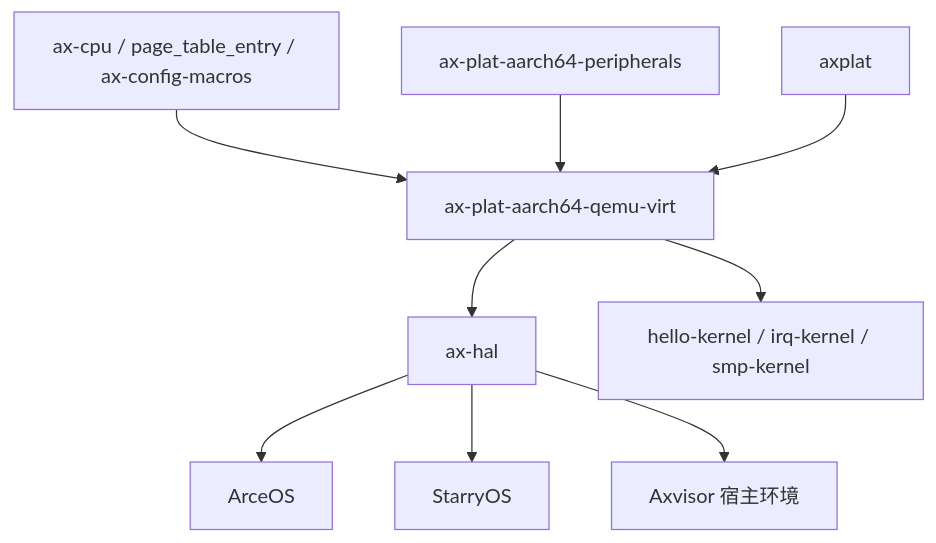
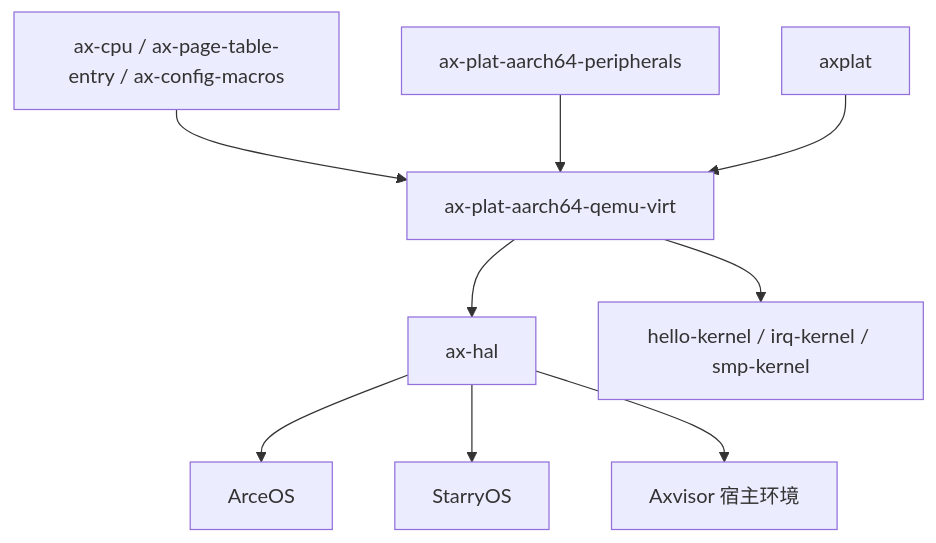
Before and after one commit to zKurisu/tgoskits: the second of 2 diagrams in docs/crates/ax-plat-aarch64-qemu-virt.md, drawn with Mermaid. The commit also changed other lines of this file and 62 other files, not shown here.

Commit message:
rename page_table_entry to ax-page-table-entry

````diff
--- a/docs/crates/ax-plat-aarch64-qemu-virt.md
+++ b/docs/crates/ax-plat-aarch64-qemu-virt.md
@@ -216,11 +216,11 @@
 ```mermaid
 graph TD
-    A[ax-cpu / page_table_entry / ax-config-macros] --> B[ax-plat-aarch64-qemu-virt]
+    A[ax-cpu / ax-page-table-entry / ax-config-macros] --> B[ax-plat-aarch64-qemu-virt]
     C[ax-plat-aarch64-peripherals] --> B
     D[axplat] --> B
     B --> E[ax-hal]
     B --> F[hello-kernel / irq-kernel / smp-kernel]
     E --> G[ArceOS]
     E --> H[StarryOS]
     E --> I[Axvisor 宿主环境]
 ```
````
